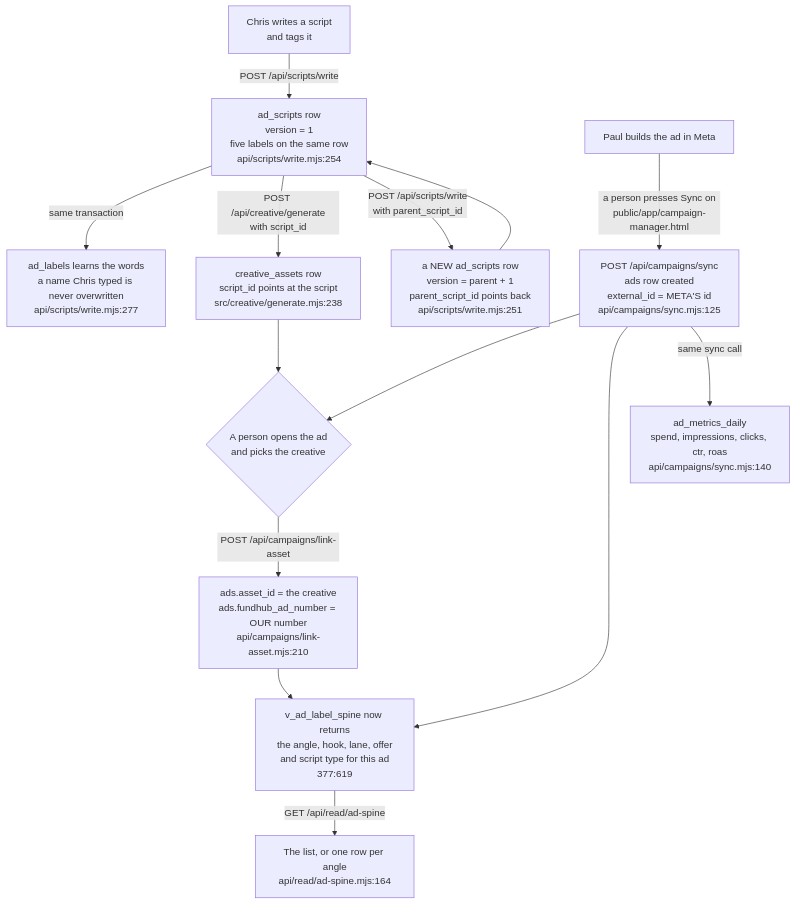
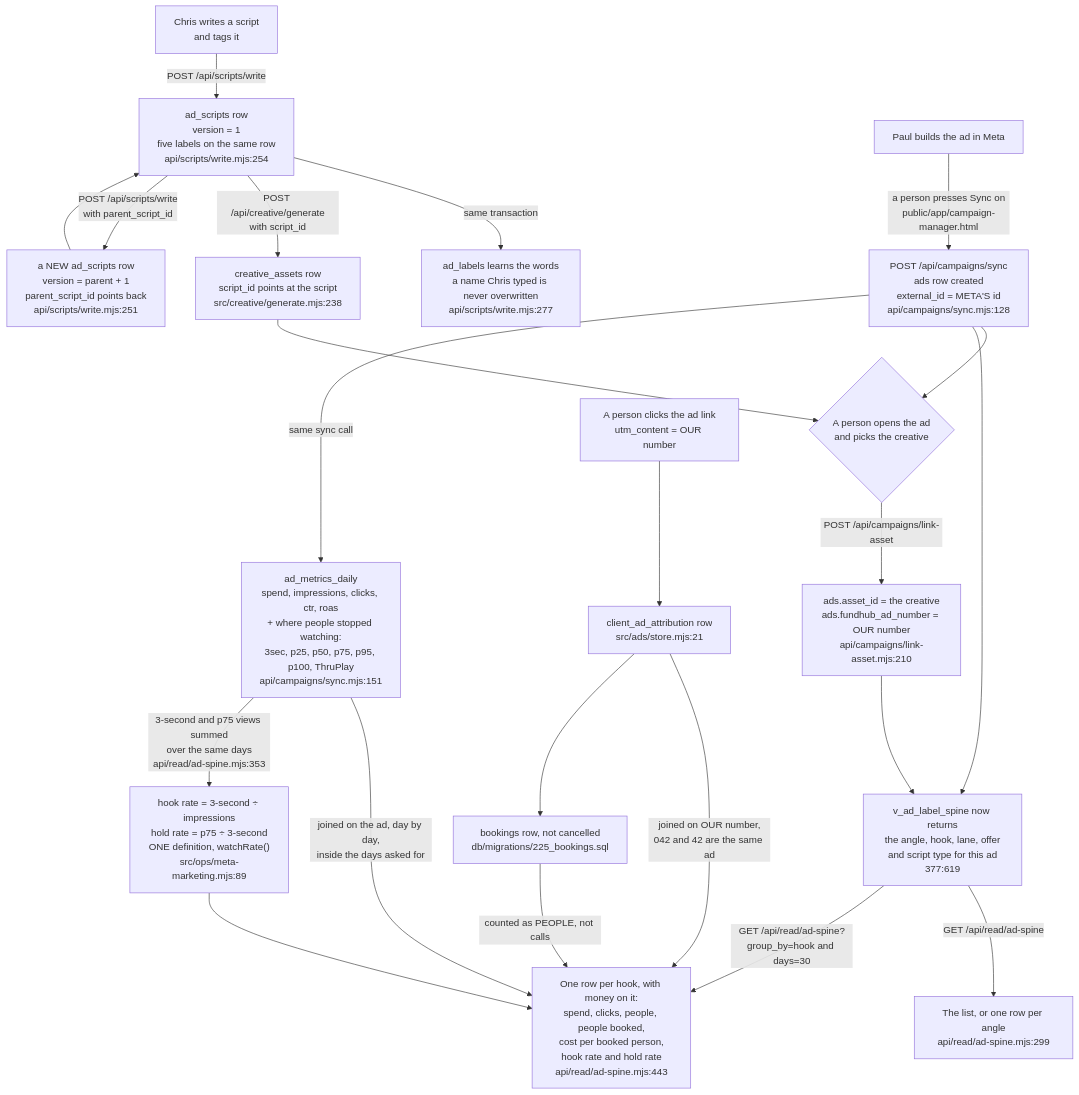
Before and after one commit to ZootimusMaximusSupreme/Fundhub_ai: the diagram in docs/journeys/ad-label-spine-flow.md, drawn with Mermaid. The commit also changed other lines of this file and 15 other files, not shown here.

First line of the commit message:
Attach real numbers to the labels: Meta video drop-off, spend, and booked calls

````diff
--- a/docs/journeys/ad-label-spine-flow.md
+++ b/docs/journeys/ad-label-spine-flow.md
@@ -50,24 +50,33 @@
 ```mermaid
 flowchart TD
     A["Chris writes a script<br/>and tags it"] -->|POST /api/scripts/write| B["ad_scripts row<br/>version = 1<br/>five labels on the same row<br/>api/scripts/write.mjs:254"]
     B -->|same transaction| C["ad_labels learns the words<br/>a name Chris typed is never overwritten<br/>api/scripts/write.mjs:277"]
 
     B -->|"POST /api/creative/generate<br/>with script_id"| D["creative_assets row<br/>script_id points at the script<br/>src/creative/generate.mjs:238"]
 
-    E["Paul builds the ad in Meta"] -->|"a person presses Sync on<br/>public/app/campaign-manager.html"| F["POST /api/campaigns/sync<br/>ads row created<br/>external_id = META'S id<br/>api/campaigns/sync.mjs:125"]
+    E["Paul builds the ad in Meta"] -->|"a person presses Sync on<br/>public/app/campaign-manager.html"| F["POST /api/campaigns/sync<br/>ads row created<br/>external_id = META'S id<br/>api/campaigns/sync.mjs:128"]
 
     F --> G{"A person opens the ad<br/>and picks the creative"}
     D --> G
     G -->|POST /api/campaigns/link-asset| H["ads.asset_id = the creative<br/>ads.fundhub_ad_number = OUR number<br/>api/campaigns/link-asset.mjs:210"]
 
     H --> I["v_ad_label_spine now returns<br/>the angle, hook, lane, offer<br/>and script type for this ad<br/>377:619"]
     F --> I
 
-    I -->|GET /api/read/ad-spine| J["The list, or one row per angle<br/>api/read/ad-spine.mjs:164"]
+    I -->|GET /api/read/ad-spine| J["The list, or one row per angle<br/>api/read/ad-spine.mjs:299"]
 
-    F -->|same sync call| K["ad_metrics_daily<br/>spend, impressions, clicks, ctr, roas<br/>api/campaigns/sync.mjs:140"]
+    I -->|"GET /api/read/ad-spine?group_by=hook and days=30"| M["One row per hook, with money on it:<br/>spend, clicks, people, people booked,<br/>cost per booked person,<br/>hook rate and hold rate<br/>api/read/ad-spine.mjs:443"]
+    K -->|"joined on the ad, day by day,<br/>inside the days asked for"| M
+    K -->|"3-second and p75 views summed<br/>over the same days<br/>api/read/ad-spine.mjs:353"| Q["hook rate = 3-second ÷ impressions<br/>hold rate = p75 ÷ 3-second<br/>ONE definition, watchRate()<br/>src/ops/meta-marketing.mjs:89"]
+    Q --> M
+    N["A person clicks the ad link<br/>utm_content = OUR number"] --> O["client_ad_attribution row<br/>src/ads/store.mjs:21"]
+    O -->|"joined on OUR number,<br/>042 and 42 are the same ad"| M
+    O --> P["bookings row, not cancelled<br/>db/migrations/225_bookings.sql"]
+    P -->|"counted as PEOPLE, not calls"| M
+
+    F -->|same sync call| K["ad_metrics_daily<br/>spend, impressions, clicks, ctr, roas<br/>+ where people stopped watching:<br/>3sec, p25, p50, p75, p95, p100, ThruPlay<br/>api/campaigns/sync.mjs:151"]
 
     B -->|"POST /api/scripts/write<br/>with parent_script_id"| L["a NEW ad_scripts row<br/>version = parent + 1<br/>parent_script_id points back<br/>api/scripts/write.mjs:251"]
     L --> B
 
 ```
````
